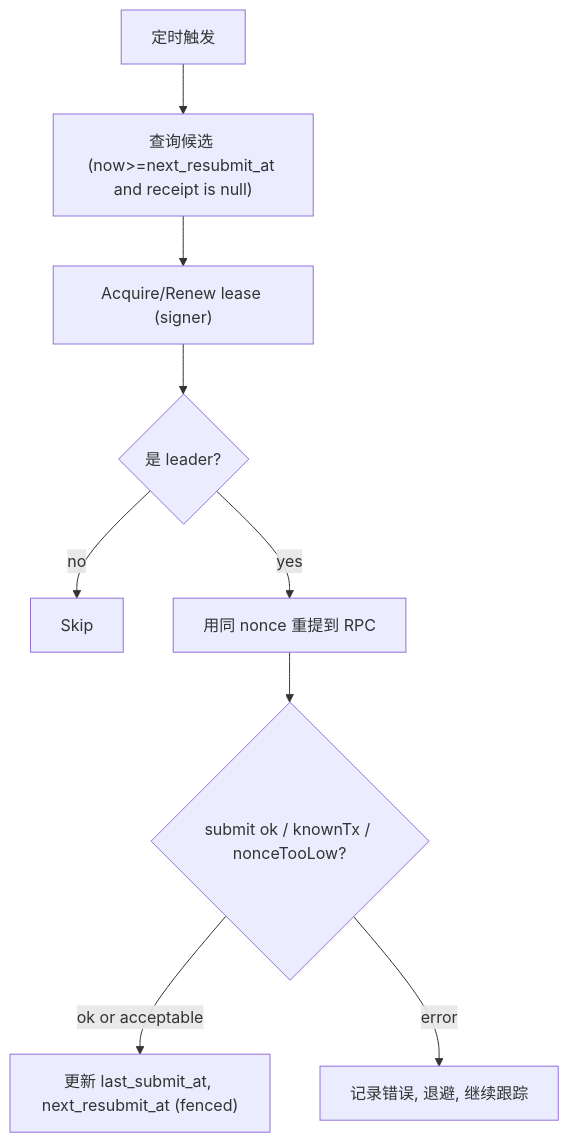
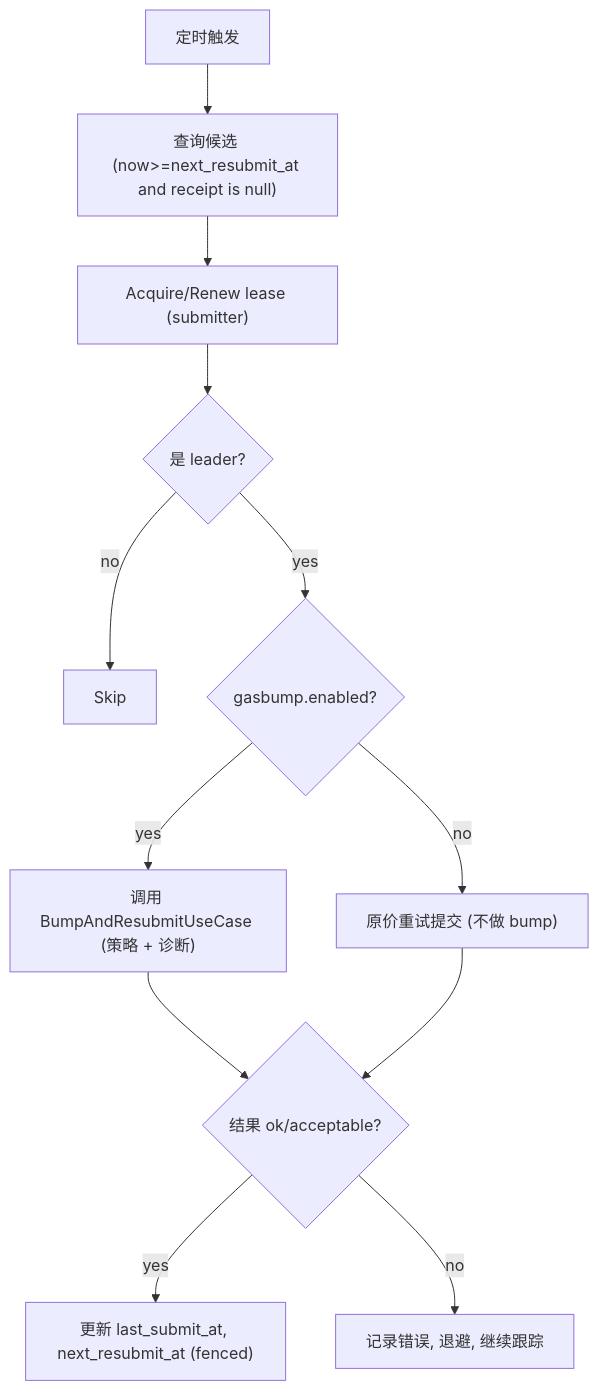
One commit to cedardinh/nonce-upgraded changed the tenth of 10 diagrams in 详细设计2.md. Above: the diagram before and after it, drawn with Mermaid. The commit also changed other lines of this file and 3 other files, not shown here.

````diff
--- a/详细设计2.md
+++ b/详细设计2.md
@@ -382,11 +519,14 @@
 ```mermaid
 flowchart TD
   S["定时触发"] --> Q["查询候选 (now>=next_resubmit_at and receipt is null)"]
-  Q --> A["Acquire/Renew lease (signer)"]
+  Q --> A["Acquire/Renew lease (submitter)"]
   A --> L{"是 leader?"}
   L -->|no| X["Skip"]
-  L -->|yes| G["用同 nonce 重提到 RPC"]
-  G --> H{"submit ok / knownTx / nonceTooLow?"}
-  H -->|ok or acceptable| U["更新 last_submit_at, next_resubmit_at (fenced)"]
-  H -->|error| V["记录错误, 退避, 继续跟踪"]
+  L -->|yes| G{"gasbump.enabled?"}
+  G -->|yes| B["调用 BumpAndResubmitUseCase (策略 + 诊断)"]
+  G -->|no| R["原价重试提交 (不做 bump)"]
+  B --> H{"结果 ok/acceptable?"}
+  R --> H
+  H -->|yes| U["更新 last_submit_at, next_resubmit_at (fenced)"]
+  H -->|no| V["记录错误, 退避, 继续跟踪"]
 ```
````
